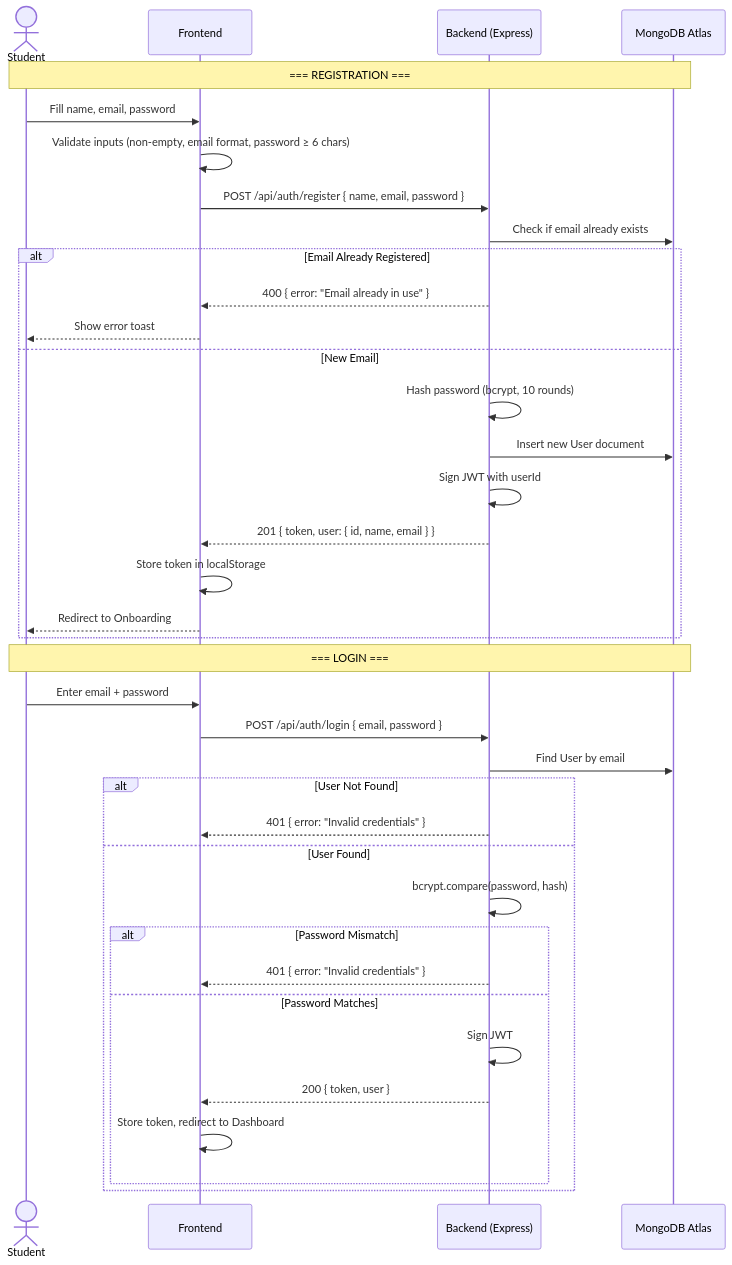
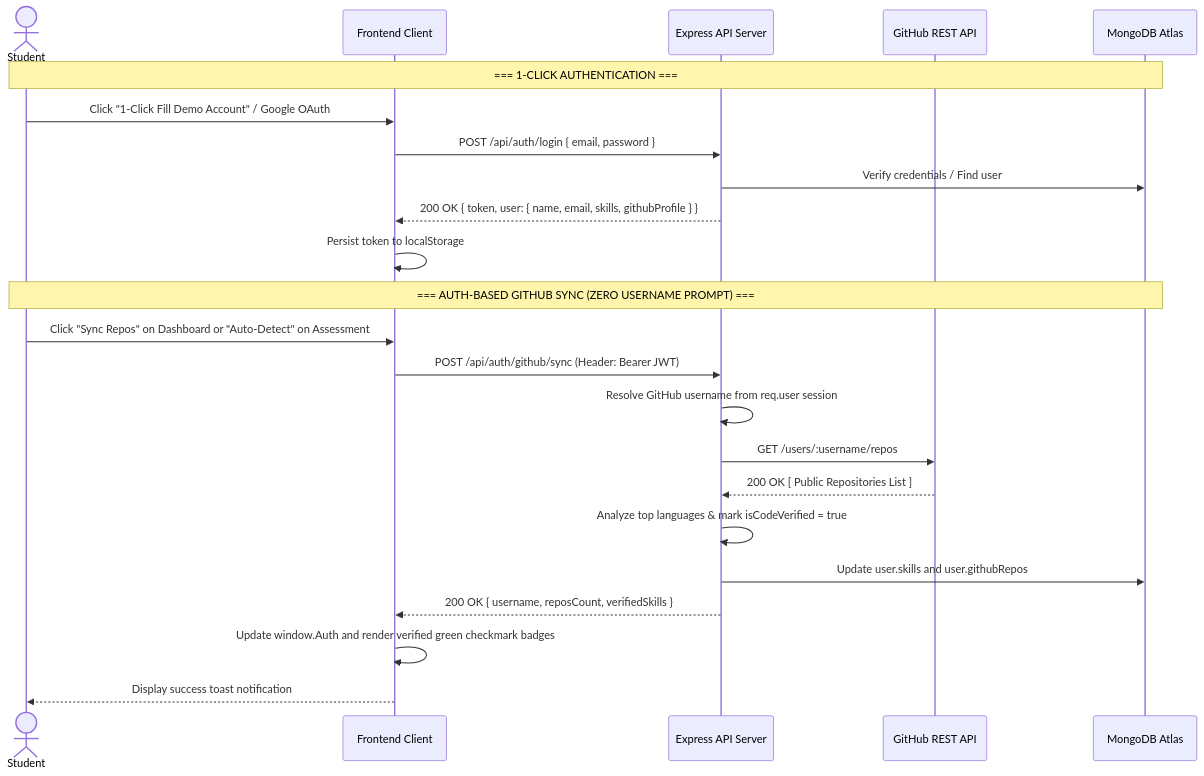
One commit to parthpatil1234p-svg/careerpath-ai changed the second of 5 diagrams in docs/APP-FLOW.md. Above: the diagram before and after it, drawn with Mermaid. The commit also changed other lines of this file and 10 other files, not shown here.

Commit message:
docs: comprehensive update of all project specifications, PRD, TRD, API ecosystem, and demo guides

````diff
--- a/docs/APP-FLOW.md
+++ b/docs/APP-FLOW.md
@@ -24,41 +26,27 @@
 ```mermaid
 sequenceDiagram
     actor Student
-    participant FE as Frontend
-    participant BE as Backend (Express)
+    participant FE as Frontend Client
+    participant BE as Express API Server
+    participant GH as GitHub REST API
     participant DB as MongoDB Atlas
 
-    Note over Student,DB: === REGISTRATION ===
-    Student->>FE: Fill name, email, password
-    FE->>FE: Validate inputs (non-empty, email format, password ≥ 6 chars)
-    FE->>BE: POST /api/auth/register { name, email, password }
-    BE->>DB: Check if email already exists
-    alt Email Already Registered
-        BE-->>FE: 400 { error: "Email already in use" }
-        FE-->>Student: Show error toast
-    else New Email
-        BE->>BE: Hash password (bcrypt, 10 rounds)
-        BE->>DB: Insert new User document
-        BE->>BE: Sign JWT with userId
-        BE-->>FE: 201 { token, user: { id, name, email } }
-        FE->>FE: Store token in localStorage
-        FE-->>Student: Redirect to Onboarding
-    end
+    Note over Student,DB: === 1-CLICK AUTHENTICATION ===
+    Student->>FE: Click "1-Click Fill Demo Account" / Google OAuth
+    FE->>BE: POST /api/auth/login { email, password }
+    BE->>DB: Verify credentials / Find user
+    BE-->>FE: 200 OK { token, user: { name, email, skills, githubProfile } }
+    FE->>FE: Persist token to localStorage
 
-    Note over Student,DB: === LOGIN ===
-    Student->>FE: Enter email + password
-    FE->>BE: POST /api/auth/login { email, password }
-    BE->>DB: Find User by email
-    alt User Not Found
-        BE-->>FE: 401 { error: "Invalid credentials" }
-    else User Found
-        BE->>BE: bcrypt.compare(password, hash)
-        alt Password Mismatch
-            BE-->>FE: 401 { error: "Invalid credentials" }
-        else Password Matches
-            BE->>BE: Sign JWT
-            BE-->>FE: 200 { token, user }
-            FE->>FE: Store token, redirect to Dashboard
-        end
-    end
+    Note over Student,DB: === AUTH-BASED GITHUB SYNC (ZERO USERNAME PROMPT) ===
+    Student->>FE: Click "Sync Repos" on Dashboard or "Auto-Detect" on Assessment
+    FE->>BE: POST /api/auth/github/sync (Header: Bearer JWT)
+    BE->>BE: Resolve GitHub username from req.user session
+    BE->>GH: GET /users/:username/repos
+    GH-->>BE: 200 OK [ Public Repositories List ]
+    BE->>BE: Analyze top languages & mark isCodeVerified = true
+    BE->>DB: Update user.skills and user.githubRepos
+    BE-->>FE: 200 OK { username, reposCount, verifiedSkills }
+    FE->>FE: Update window.Auth and render verified green checkmark badges
+    FE-->>Student: Display success toast notification
 ```
````
